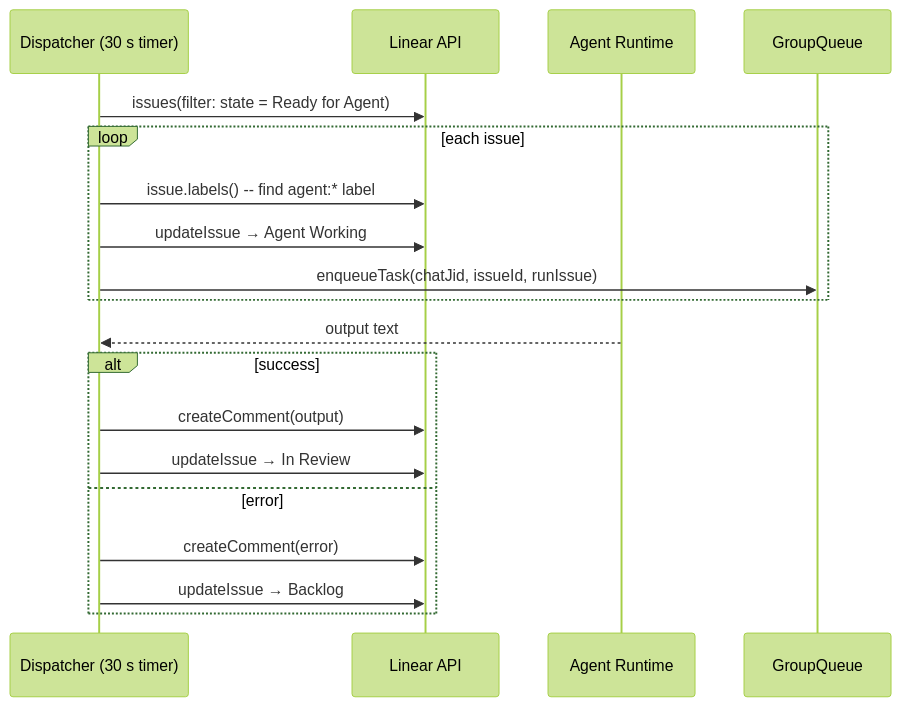
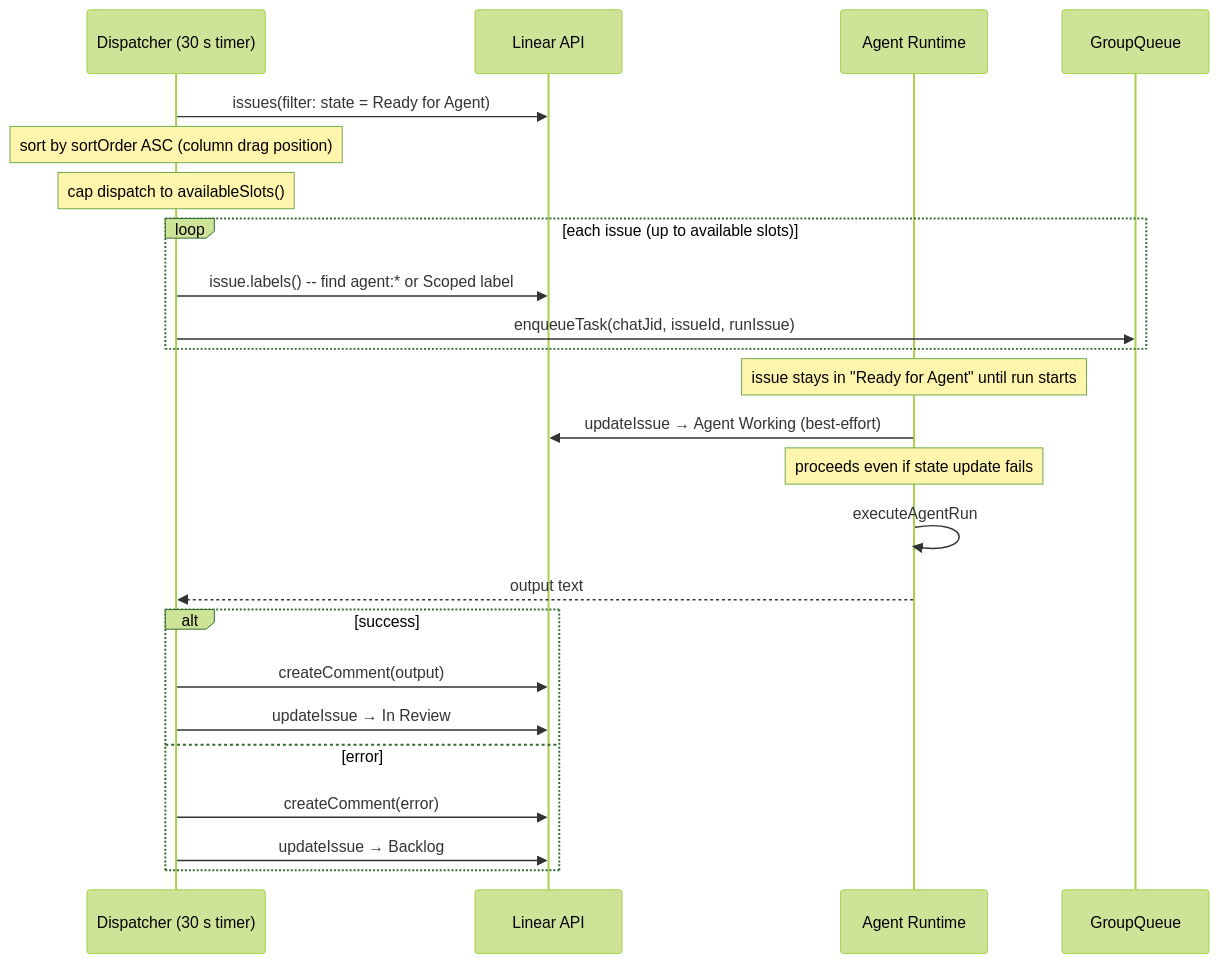
Before and after one commit to sliamh11/deus-v2: the third of 3 diagrams in docs/decisions/linear-webhook-pipeline.md, drawn with Mermaid (forest theme). The commit also changed 7 other files, not shown here.

````diff
--- a/docs/decisions/linear-webhook-pipeline.md
+++ b/docs/decisions/linear-webhook-pipeline.md
@@ -73,22 +73,27 @@
 ```mermaid
 sequenceDiagram
     participant PD as Dispatcher (30 s timer)
     participant LAPI as Linear API
     participant ART as Agent Runtime
     participant DB as GroupQueue
 
     PD->>LAPI: issues(filter: state = Ready for Agent)
-    loop each issue
-        PD->>LAPI: issue.labels() -- find agent:* label
-        PD->>LAPI: updateIssue → Agent Working
+    Note over PD: sort by sortOrder ASC (column drag position)
+    Note over PD: cap dispatch to availableSlots()
+    loop each issue (up to available slots)
+        PD->>LAPI: issue.labels() -- find agent:* or Scoped label
         PD->>DB: enqueueTask(chatJid, issueId, runIssue)
     end
+    Note over ART: issue stays in "Ready for Agent" until run starts
+    ART->>LAPI: updateIssue → Agent Working (best-effort)
+    Note over ART: proceeds even if state update fails
+    ART->>ART: executeAgentRun
     ART-->>PD: output text
     alt success
         PD->>LAPI: createComment(output)
         PD->>LAPI: updateIssue → In Review
     else error
         PD->>LAPI: createComment(error)
         PD->>LAPI: updateIssue → Backlog
     end
 ```
````
